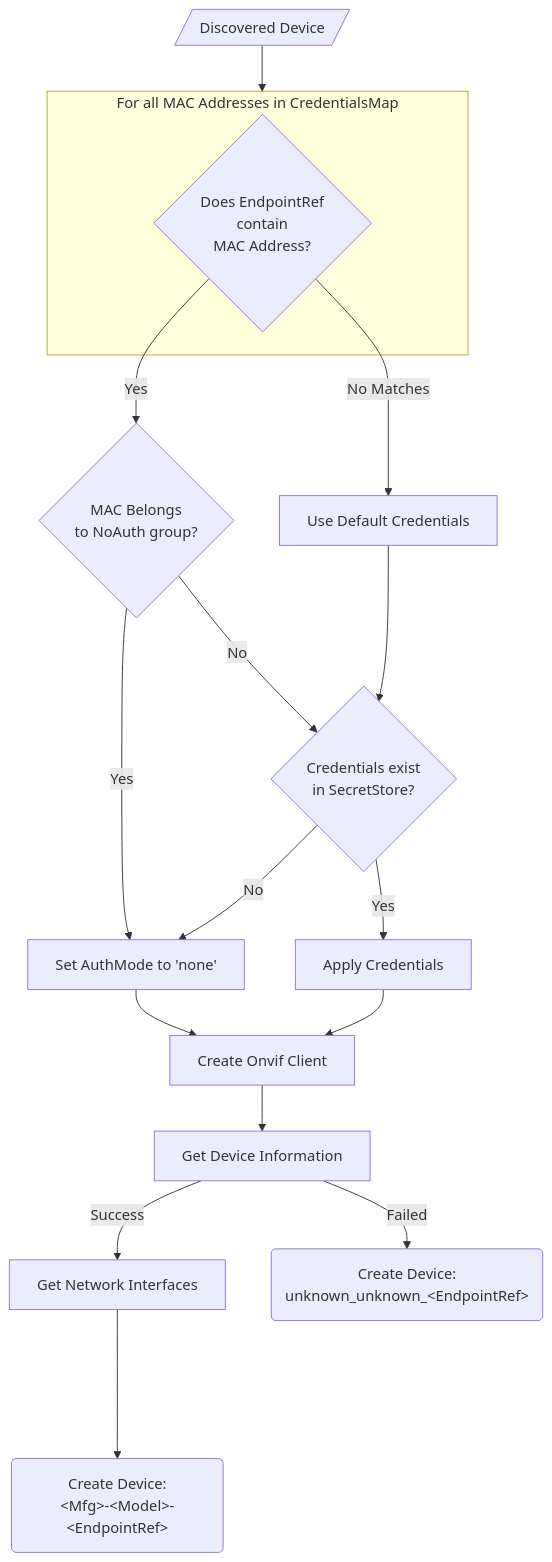
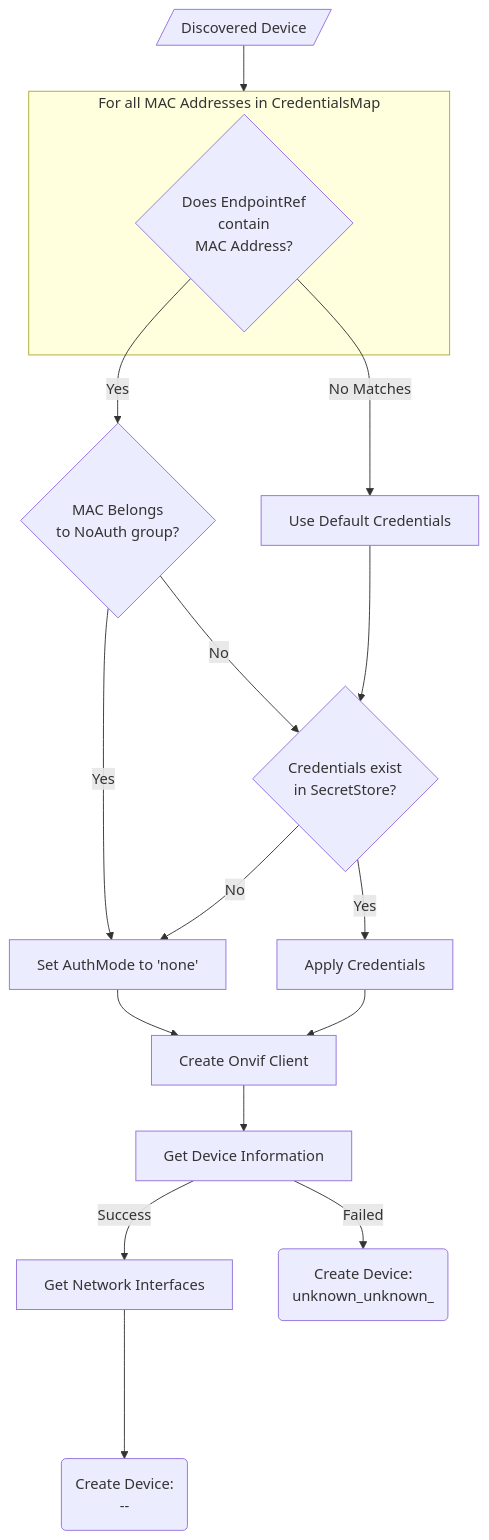
One commit to edgexfoundry/edgex-docs changed the first of 2 diagrams in docs_src/microservices/device/ONVIF/supplementary-info/credentials.md. Above: the diagram before and after it, drawn with Mermaid. The commit also changed other lines of this file and 5 other files, not shown here.

Commit message:
docs: include mermaid

````diff
--- a/docs_src/microservices/device/ONVIF/supplementary-info/credentials.md
+++ b/docs_src/microservices/device/ONVIF/supplementary-info/credentials.md
@@ -166,37 +166,37 @@
-```mermaid
+<div class="mermaid">
     %% Note: The node and edge definitions are split up to make it easier to adjust the
     %% links between the various nodes.
     flowchart TD;   
         %% -------- Node Definitions -------- %%
         DiscoveredDevice[/Discovered Device/]
         UseDefault[Use Default Credentials]
         EndpointRefHasMAC{Does EndpointRef<br/>contain<br/>MAC Address?}
         InNoAuthGroup{MAC Belongs<br/>to NoAuth group?}
         AuthModeNone[Set AuthMode to 'none']
         ApplyCreds[Apply Credentials]
         InSecretStore{Credentials exist<br/>in SecretStore?}
         CreateClient[Create Onvif Client]
         GetDeviceInfo[Get Device Information]
         GetNetIfaces[Get Network Interfaces]
         CreateDevice(Create Device:<br/>&ltMfg&gt-&ltModel&gt-&ltEndpointRef&gt)
         CreateUnknownDevice(Create Device:<br/>unknown_unknown_&ltEndpointRef&gt)
 
         %% -------- Graph Definitions -------- %%
         DiscoveredDevice --> ForAllMAC
         subgraph ForAllMAC[For all MAC Addresses in CredentialsMap]
         EndpointRefHasMAC
         end
         EndpointRefHasMAC -->|Yes| InNoAuthGroup
         EndpointRefHasMAC -- No Matches --> UseDefault
         InNoAuthGroup -->|Yes| AuthModeNone
         InNoAuthGroup -->|No| InSecretStore
         UseDefault --> InSecretStore
         AuthModeNone --> CreateClient
         InSecretStore -->|Yes| ApplyCreds
         InSecretStore -->|No| AuthModeNone
         ApplyCreds --> CreateClient
         CreateClient --> GetDeviceInfo
         GetDeviceInfo -->|Failed| CreateUnknownDevice
         GetDeviceInfo -->|Success| GetNetIfaces
         GetNetIfaces ----> CreateDevice
-```
+</div>
````
